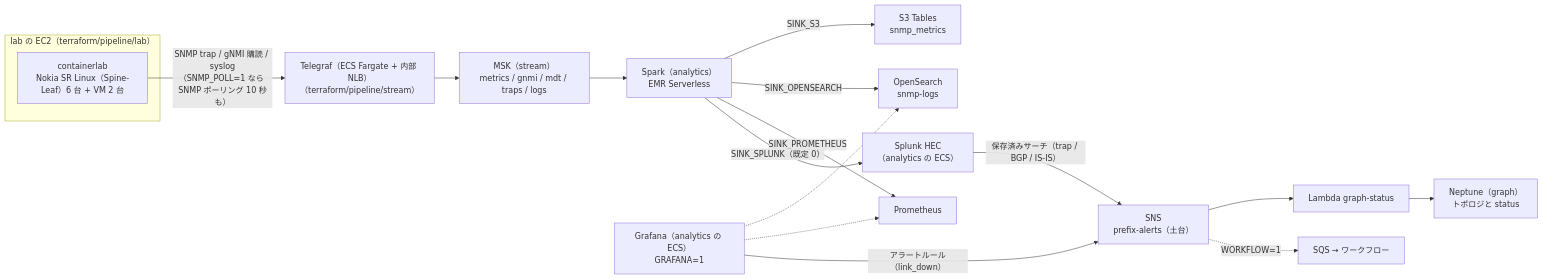
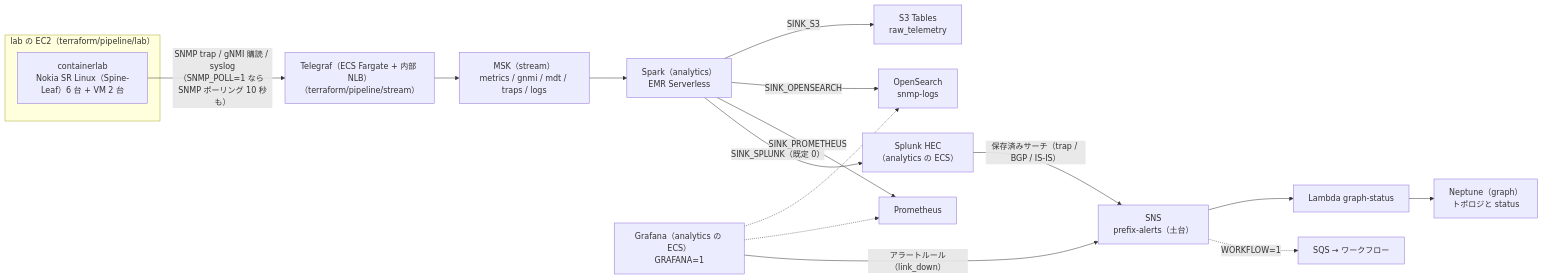
Before and after one commit to eddie-eights/nwc-poc: the first of 2 diagrams in docs/pipeline.md, drawn with Mermaid. The commit also changed other lines of this file and 10 other files, not shown here.

First line of the commit message:
S3 Tables の生データのテーブル名を snmp_metrics から raw_telemetry に変えた（全トピックが入るので SNMP のメトリクスだけに見えない名前に）

````diff
--- a/docs/pipeline.md
+++ b/docs/pipeline.md
@@ -7,19 +7,19 @@
 ```mermaid
 flowchart LR
   subgraph LABEC2["lab の EC2（terraform/pipeline/lab）"]
     CLAB["containerlab<br/>Nokia SR Linux（Spine-Leaf）6 台 + VM 2 台"]
   end
   CLAB -->|"SNMP trap / gNMI 購読 / syslog<br/>（SNMP_POLL=1 なら SNMP ポーリング 10 秒も）"| TG["Telegraf（ECS Fargate + 内部 NLB）<br/>（terraform/pipeline/stream）"]
   TG --> MSK["MSK（stream）<br/>metrics / gnmi / mdt / traps / logs"]
   MSK --> SPARK["Spark（analytics）<br/>EMR Serverless"]
-  SPARK -->|"SINK_S3"| ICE["S3 Tables<br/>snmp_metrics"]
+  SPARK -->|"SINK_S3"| ICE["S3 Tables<br/>raw_telemetry"]
   SPARK -->|"SINK_OPENSEARCH"| OS["OpenSearch<br/>snmp-logs"]
   SPARK -->|"SINK_PROMETHEUS"| PROM["Prometheus"]
   SPARK -->|"SINK_SPLUNK（既定 0）"| SPL["Splunk HEC<br/>（analytics の ECS）"]
   GRAF["Grafana（analytics の ECS）<br/>GRAFANA=1"] -.-> OS
   GRAF -.-> PROM
   GRAF -->|"アラートルール（link_down）"| SNS["SNS<br/>prefix-alerts（土台）"]
   SPL -->|"保存済みサーチ（trap / BGP / IS-IS）"| SNS
   SNS --> GL["Lambda graph-status"] --> NEP["Neptune（graph）<br/>トポロジと status"]
   SNS -.->|"WORKFLOW=1"| SQS["SQS → ワークフロー"]
 ```
````
